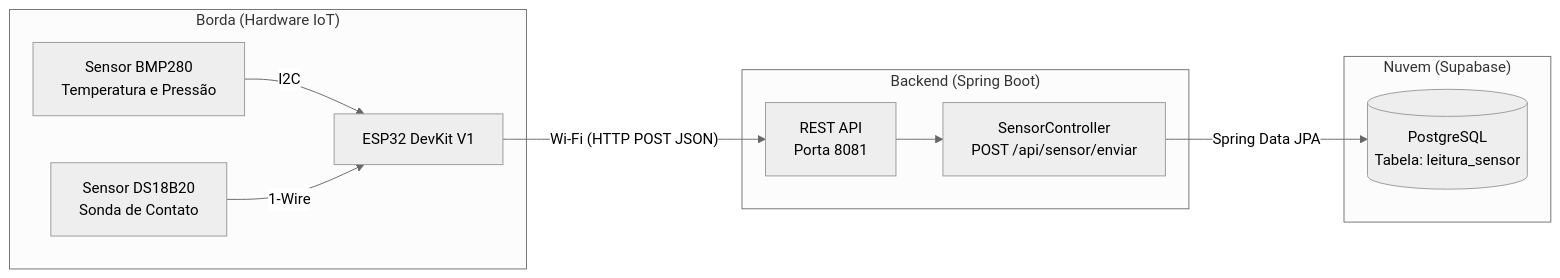
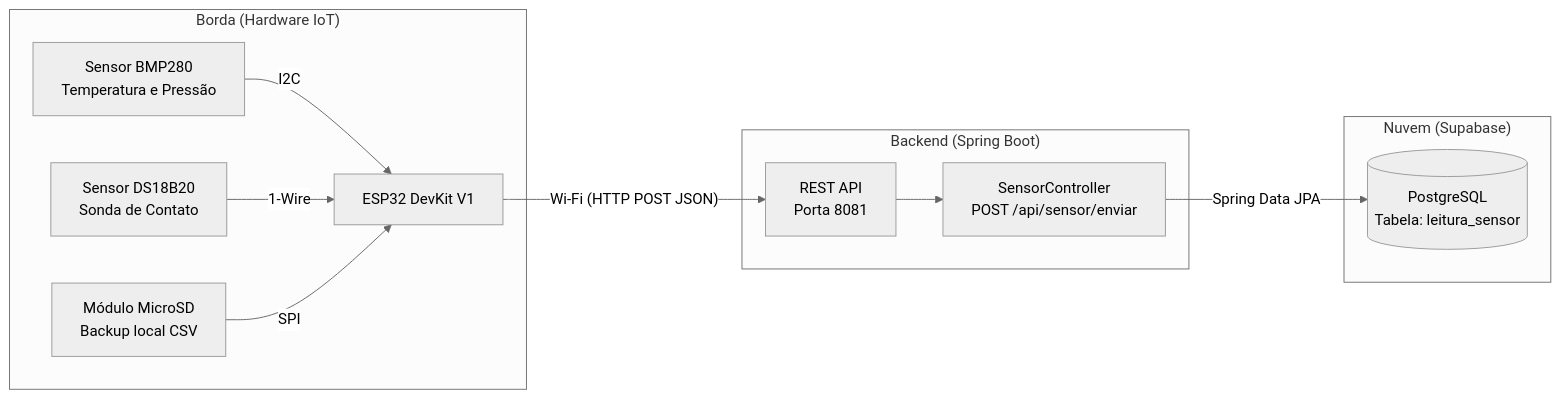
Before and after one commit to Joao-Paulo-Negreiros/telemetria_iot_bmp280: the diagram in README.md, drawn with Mermaid (neutral theme). The commit also changed other lines of this file and 2 other files, not shown here.

Commit message:
feat(firmware): Deep Sleep + backup SD Card como versao principal

````diff
--- a/README.md
+++ b/README.md
@@ -13,25 +13,27 @@
 ```mermaid
 flowchart LR
     subgraph "Borda (Hardware IoT)"
         ESP[ESP32 DevKit V1]
         BMP[Sensor BMP280\nTemperatura e Pressão]
         DS[Sensor DS18B20\nSonda de Contato]
+        SD[Módulo MicroSD\nBackup local CSV]
         
         BMP -- I2C --> ESP
         DS -- 1-Wire --> ESP
+        SD -- SPI --> ESP
     end
 
     subgraph "Backend (Spring Boot)"
         API[REST API\nPorta 8081]
         Controller[SensorController\nPOST /api/sensor/enviar]
         
         API --> Controller
     end
 
     subgraph "Nuvem (Supabase)"
         DB[(PostgreSQL\nTabela: leitura_sensor)]
     end
 
     ESP -- "Wi-Fi (HTTP POST JSON)" --> API
     Controller -- "Spring Data JPA" --> DB
 ```
````
